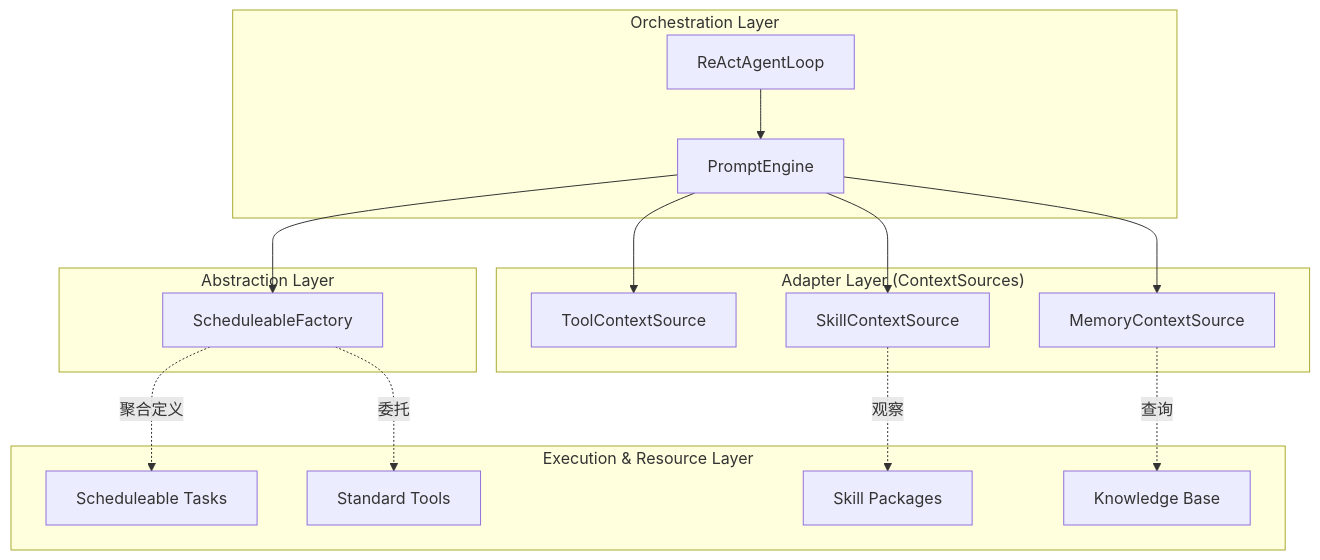
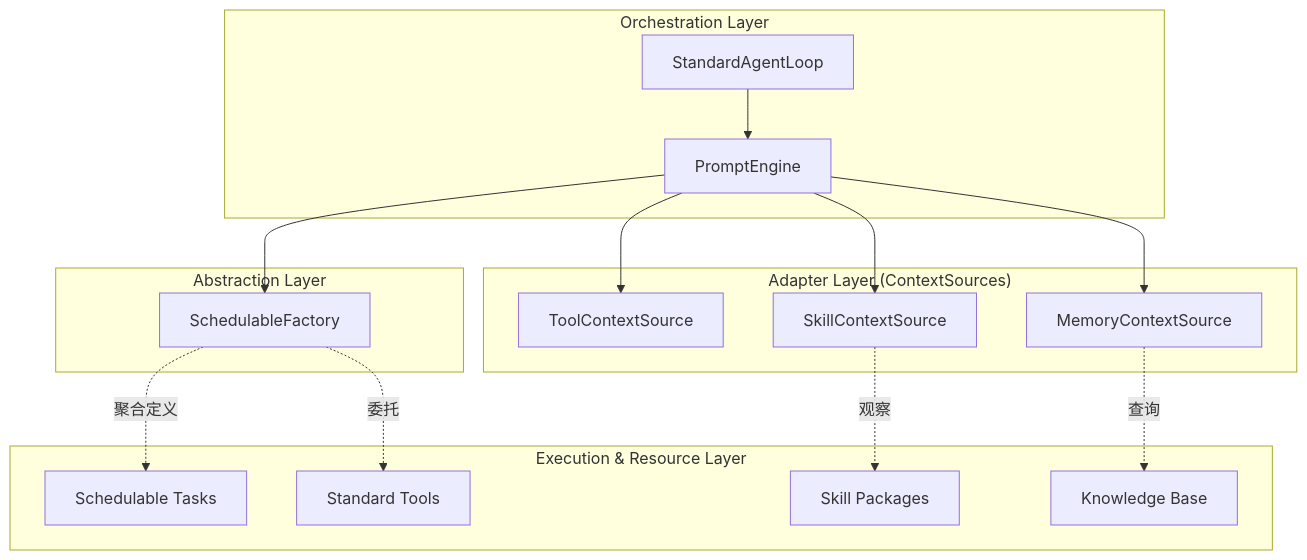
The diagram in docs/PROMPT_ENGINE_DECOUPLING.md (stream-iori/ganglia), drawn with Mermaid before and after one commit. The commit also changed other lines of this file and 38 other files, not shown here.

Commit message:
refactor(core): rename ReActAgentLoop to StandardAgentLoop and fix Schedulable typo

````diff
--- a/docs/PROMPT_ENGINE_DECOUPLING.md
+++ b/docs/PROMPT_ENGINE_DECOUPLING.md
@@ -21,23 +21,23 @@
 ```mermaid
 graph TD
     subgraph "Orchestration Layer"
-        Loop[ReActAgentLoop] --> PE[PromptEngine]
+        Loop[StandardAgentLoop] --> PE[PromptEngine]
     end
 
     subgraph "Abstraction Layer"
-        PE --> SF[ScheduleableFactory]
+        PE --> SF[SchedulableFactory]
     end
 
     subgraph "Adapter Layer (ContextSources)"
         PE --> TCS[ToolContextSource]
         PE --> SCS[SkillContextSource]
         PE --> MCS[MemoryContextSource]
     end
 
     subgraph "Execution & Resource Layer"
-        SF -.->|聚合定义| Tasks[Scheduleable Tasks]
+        SF -.->|聚合定义| Tasks[Schedulable Tasks]
         SF -.->|委托| Tools[Standard Tools]
         SCS -.->|观察| Skills[Skill Packages]
         MCS -.->|查询| KB[Knowledge Base]
     end
 ```
````
